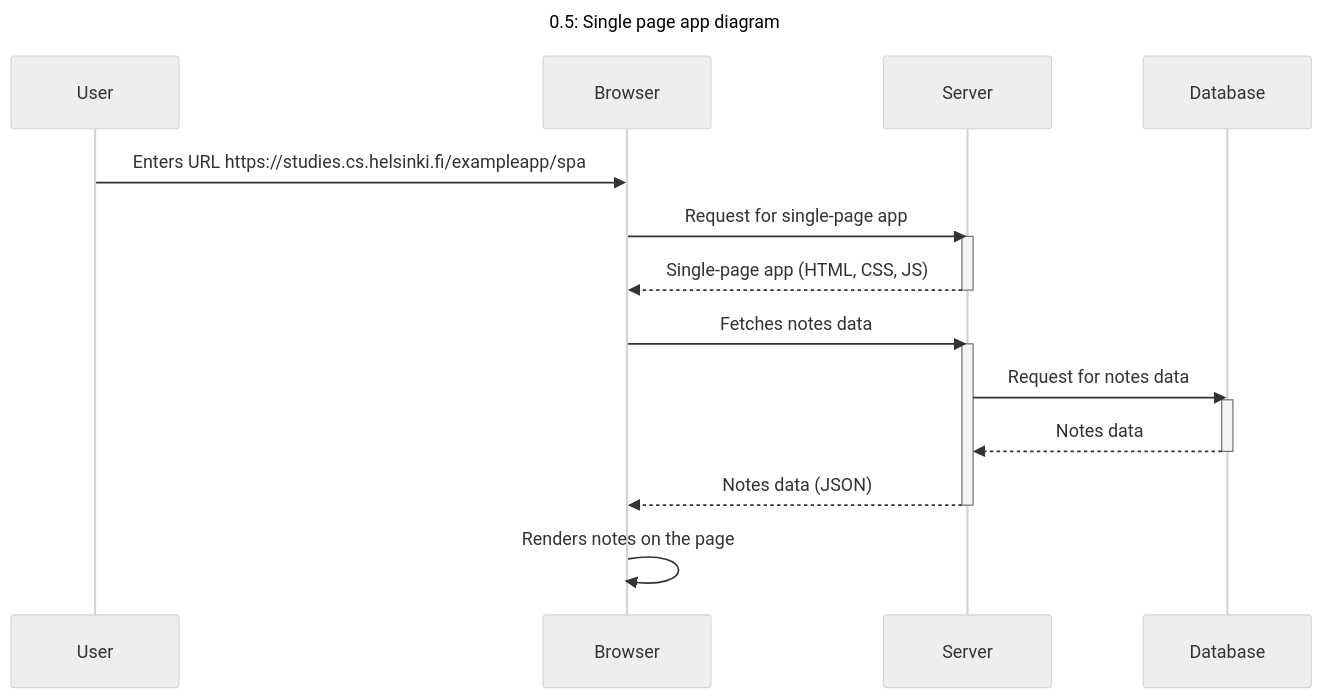
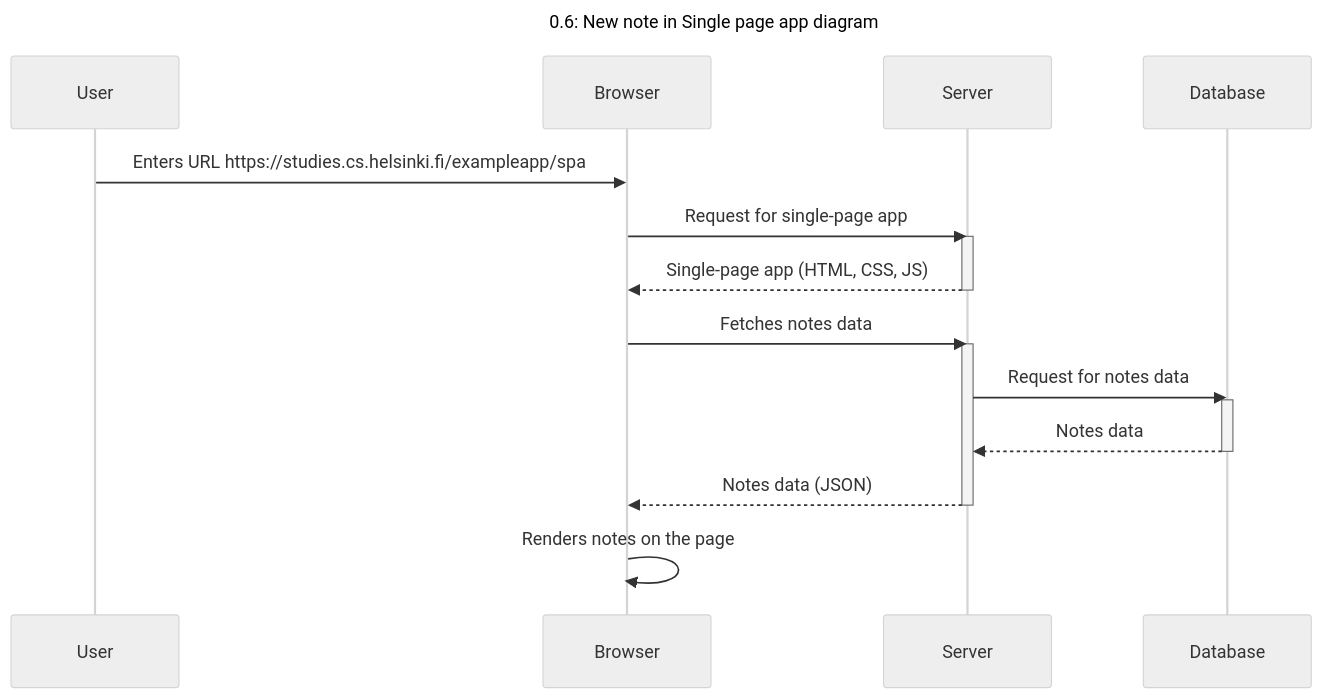
Before and after one commit to mesfin-2/Fullstackopen-2024: the diagram in part0/singlePageAppDiagram.md, drawn with Mermaid (neutral theme).

````diff
--- a/part0/singlePageAppDiagram.md
+++ b/part0/singlePageAppDiagram.md
@@ -1,23 +1,23 @@
 ```mermaid
 sequenceDiagram
-    title 0.5: Single page app diagram
+    title 0.6: New note in Single page app diagram
     participant User
     participant Browser
     participant Server
     participant Database
 
     User->>Browser: Enters URL https://studies.cs.helsinki.fi/exampleapp/spa
     Browser->>Server: Request for single-page app
     activate Server
     Server-->>Browser: Single-page app (HTML, CSS, JS)
     deactivate Server
     Browser->>Server: Fetches notes data
     activate Server
     Server->>Database: Request for notes data
     activate Database
     Database-->>Server: Notes data
     deactivate Database
     Server-->>Browser: Notes data (JSON)
     deactivate Server
     Browser->>Browser: Renders notes on the page
 ```
````
